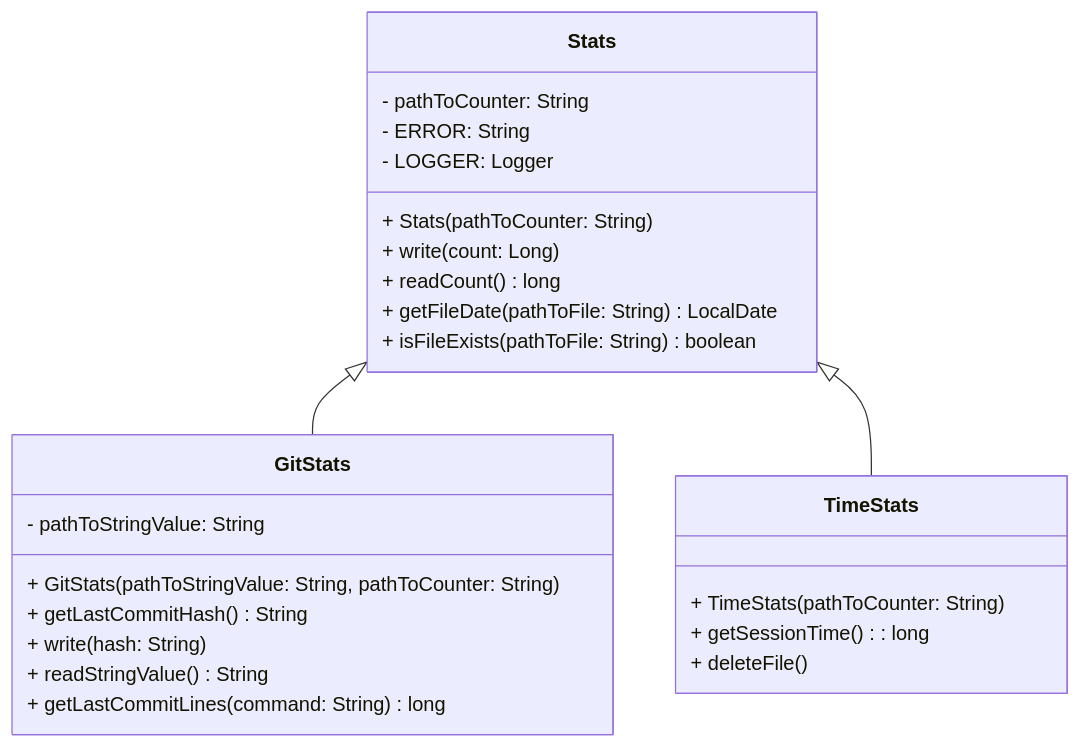
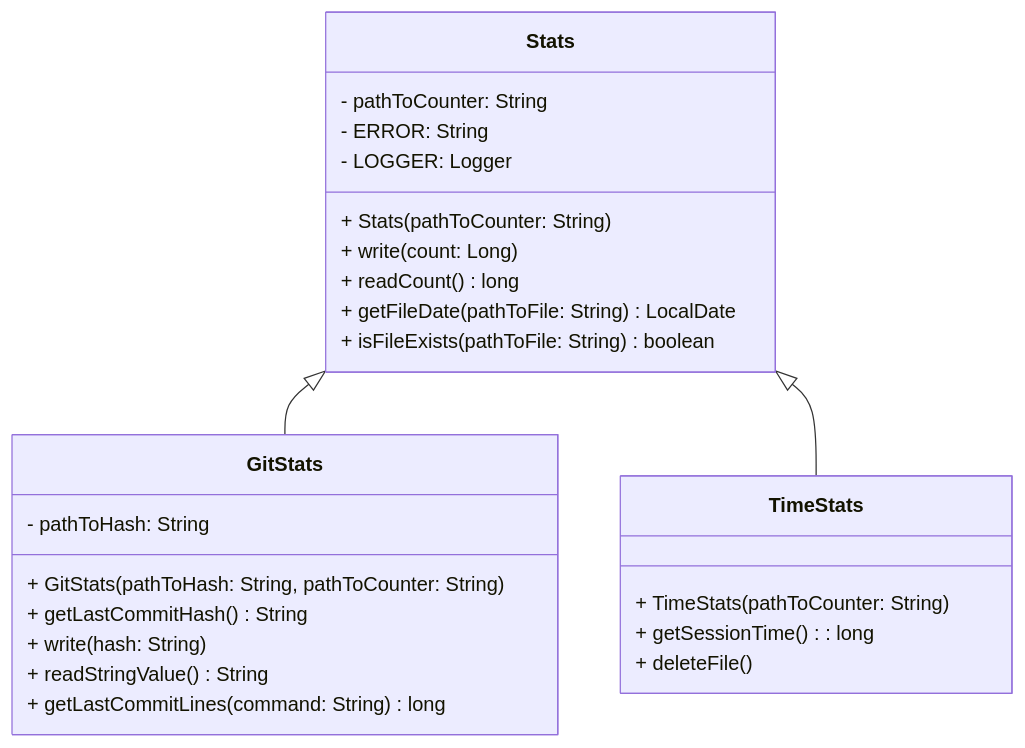
The first of 4 diagrams in vimstat/README.md (AlexandrAnatoliev/jvim-plugins), drawn with Mermaid before and after one commit. The commit also changed other lines of this file and 4 other files, not shown here.

First line of the commit message:
refactor(vimstat): rename readStringValue method into readHash

````diff
--- a/vimstat/README.md
+++ b/vimstat/README.md
@@ -142,32 +142,32 @@
 ```mermaid
 classDiagram
 
   class Stats {
     - pathToCounter: String 
     - ERROR: String 
     - LOGGER: Logger
     + Stats(pathToCounter: String)
     + write(count: Long )
     + readCount() long 
     + getFileDate(pathToFile: String) LocalDate
     + isFileExists(pathToFile: String) boolean 
   }
 
   class GitStats {
-    - pathToStringValue: String 
-    + GitStats(pathToStringValue: String, pathToCounter: String)
+    - pathToHash: String 
+    + GitStats(pathToHash: String, pathToCounter: String)
     + getLastCommitHash() String 
     + write(hash: String) 
     + readStringValue() String
     + getLastCommitLines(command: String) long
   }
 
   class TimeStats {
     + TimeStats(pathToCounter: String)
     + getSessionTime(): long 
     + deleteFile() 
   }
 
   Stats <|-- GitStats
   Stats <|-- TimeStats
 ```
````
